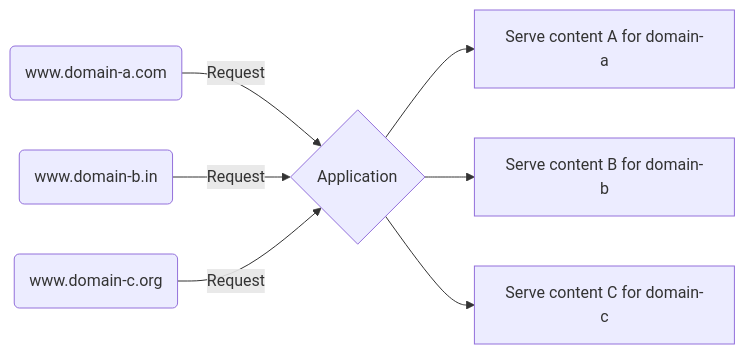
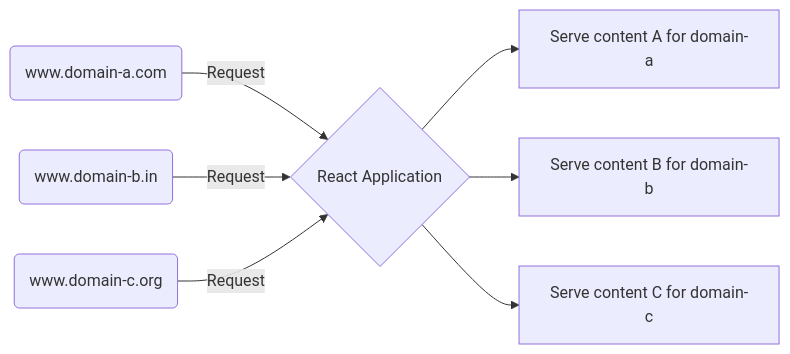
Before and after one commit to talktogauravsingh/multidomain-handling-react-app: the diagram in README.md, drawn with Mermaid.

Commit message:
[fix] : Readme Updated

````diff
--- a/README.md
+++ b/README.md
@@ -4,13 +4,13 @@
 ```mermaid
 
 flowchart LR
 
-A(www.domain-a.com) --> |Request| D{Application}
-B(www.domain-b.in) --> |Request| D{Application}
-C(www.domain-c.org) --> |Request| D{Application}
+A(www.domain-a.com) --> |Request| D{React Application}
+B(www.domain-b.in) --> |Request| D{React Application}
+C(www.domain-c.org) --> |Request| D{React Application}
 
-D{Application} --> E[Serve content A for domain-a]
-D{Application} --> F[Serve content B for domain-b]
-D{Application} --> G[Serve content C for domain-c]
+D{React Application} --> E[Serve content A for domain-a]
+D{React Application} --> F[Serve content B for domain-b]
+D{React Application} --> G[Serve content C for domain-c]
 
 ```
````
